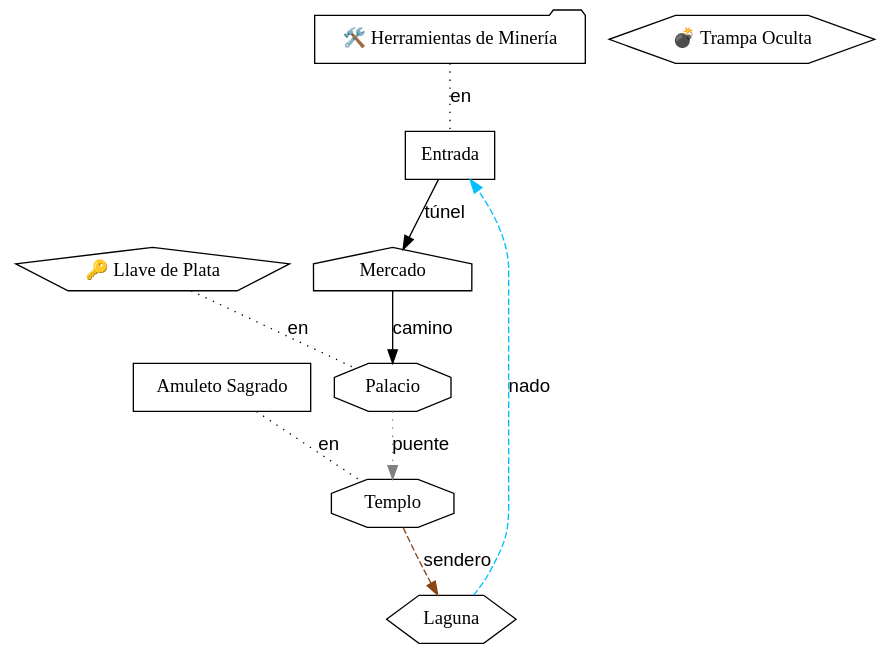
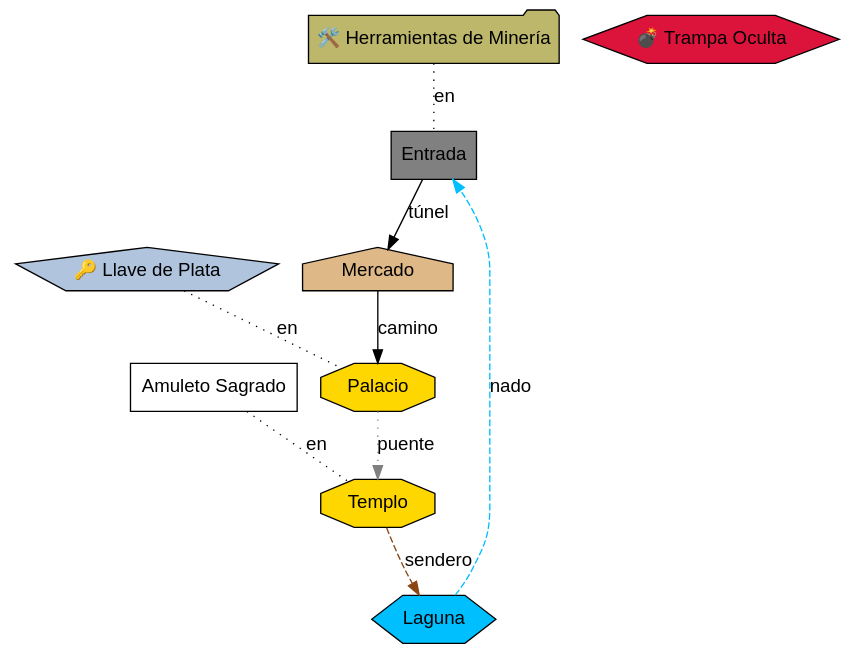
Before and after one commit to JoseArt777/-LFP-202100305-: the diagram in Proyecto2/Proyecto 2V2/Main/temp_Ciudad_Subterránea.dot, drawn with Graphviz. The commit also changed 10 other files, not shown here.

```diff
--- a/Proyecto2/Proyecto 2V2/Main/temp_Ciudad_Subterránea.dot
+++ b/Proyecto2/Proyecto 2V2/Main/temp_Ciudad_Subterránea.dot
@@ -1,31 +1,31 @@
 digraph "Ciudad Subterránea" {
   // Configuración general
-  graph [fontname="Segoe UI Emoji"];
-  node  [fontname="Segoe UI Emoji"];
+  graph [fontname="Arial", rankdir=TB, overlap=false, splines=true];
+  node [fontname="Arial", style=filled];
   edge [fontname="Arial"];
 
   // Lugares
   "Entrada" [shape=box, fillcolor="gray", label="Entrada", pos="0,0!"];
   "Mercado" [shape=house, fillcolor="burlywood", label="Mercado", pos="2,1!"];
   "Templo" [shape=octagon, fillcolor="gold", label="Templo", pos="4,3!"];
   "Palacio" [shape=octagon, fillcolor="gold", label="Palacio", pos="3,1!"];
   "Laguna" [shape=hexagon, fillcolor="deepskyblue", label="Laguna", pos="1,3!"];
 
   // Objetos en coordenadas específicas
   "obj_Trampa_Oculta" [shape=hexagon, fillcolor="crimson", label="💣 Trampa Oculta", pos="3,2!"];
 
   // Objetos en lugares
   "obj_Amuleto_Sagrado" [shape=box, fillcolor="white", label=" Amuleto Sagrado"];
   "obj_Amuleto_Sagrado" -> "Templo" [label="en", dir=none, style=dotted];
   "obj_Llave_de_Plata" [shape=pentagon, fillcolor="lightsteelblue", label="🔑 Llave de Plata"];
   "obj_Llave_de_Plata" -> "Palacio" [label="en", dir=none, style=dotted];
   "obj_Herramientas_de_Minería" [shape=folder, fillcolor="darkkhaki", label="🛠️ Herramientas de Minería"];
   "obj_Herramientas_de_Minería" -> "Entrada" [label="en", dir=none, style=dotted];
 
   // Conexiones entre lugares
   "Entrada" -> "Mercado" [label="túnel", color="black", style=solid];
   "Mercado" -> "Palacio" [label="camino", color="black", style=solid];
   "Palacio" -> "Templo" [label="puente", color="gray", style=dotted];
   "Laguna" -> "Entrada" [label="nado", color="deepskyblue", style=dashed];
   "Templo" -> "Laguna" [label="sendero", color="saddlebrown", style=dashed];
 }
```
